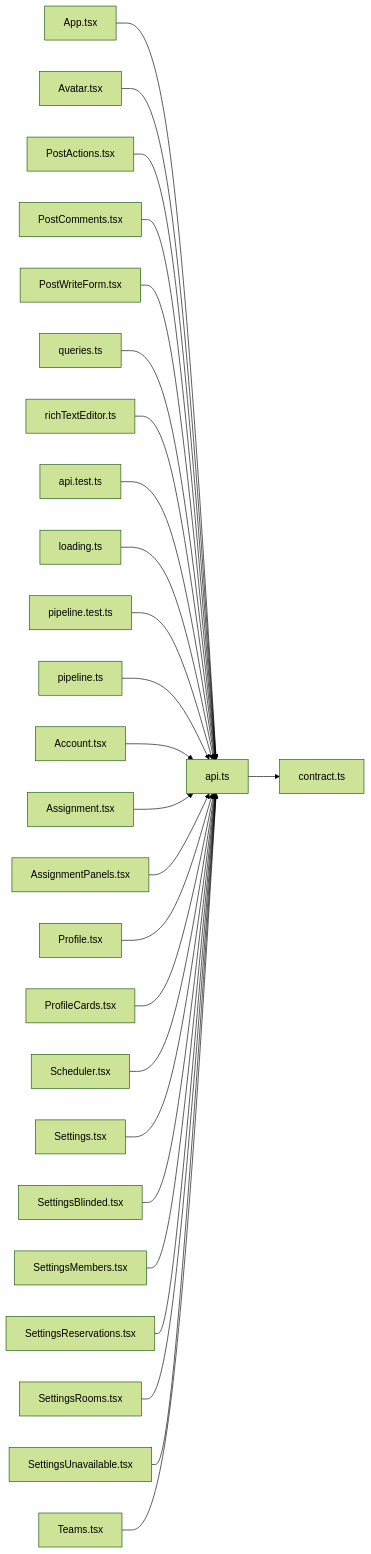
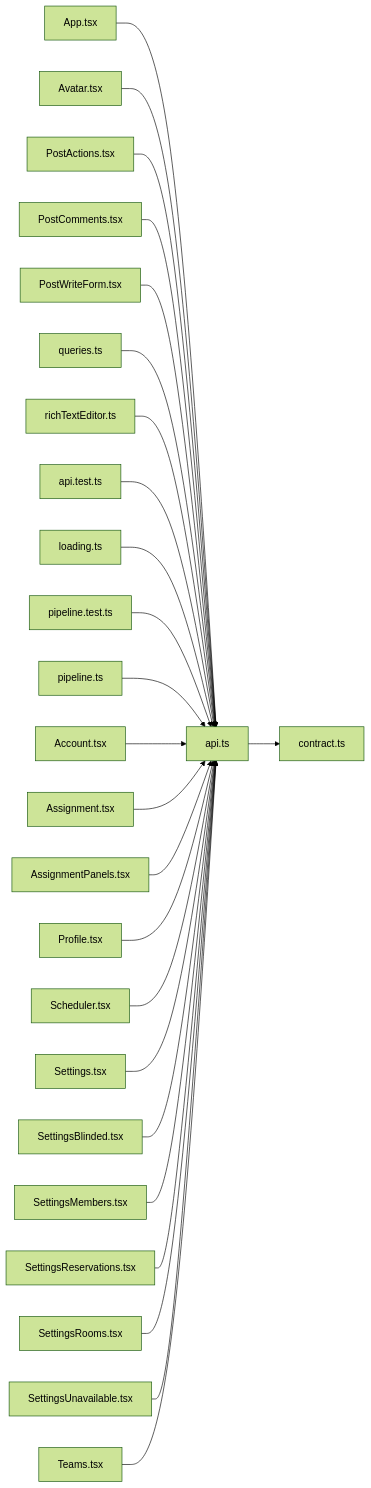
One commit to minkong-dev/Banblit changed the diagram in .cluedoc/graph/frontend/src/lib/api.md. Above: the diagram before and after it, drawn with Mermaid (forest theme). The commit also changed other lines of this file and 78 other files, not shown here.

Commit message:
frontend: merge single-function files into Board, Profile, Search, controls, loading and pipeline

````diff
--- a/.cluedoc/graph/frontend/src/lib/api.md
+++ b/.cluedoc/graph/frontend/src/lib/api.md
@@ -10,29 +10,28 @@
 ```mermaid
 flowchart LR
   frontend_src_lib_api["api.ts"]
   frontend_src_lib_api --> frontend_src_lib_contract["contract.ts"]
   frontend_src_App["App.tsx"] --> frontend_src_lib_api
   frontend_src_components_Avatar["Avatar.tsx"] --> frontend_src_lib_api
   frontend_src_components_PostActions["PostActions.tsx"] --> frontend_src_lib_api
   frontend_src_components_PostComments["PostComments.tsx"] --> frontend_src_lib_api
   frontend_src_components_PostWriteForm["PostWriteForm.tsx"] --> frontend_src_lib_api
   frontend_src_components_queries["queries.ts"] --> frontend_src_lib_api
   frontend_src_components_richTextEditor["richTextEditor.ts"] --> frontend_src_lib_api
   frontend_src_lib_api_test["api.test.ts"] --> frontend_src_lib_api
   frontend_src_lib_loading["loading.ts"] --> frontend_src_lib_api
   frontend_src_lib_pipeline_test["pipeline.test.ts"] --> frontend_src_lib_api
   frontend_src_lib_pipeline["pipeline.ts"] --> frontend_src_lib_api
   frontend_src_routes_Account["Account.tsx"] --> frontend_src_lib_api
   frontend_src_routes_Assignment["Assignment.tsx"] --> frontend_src_lib_api
   frontend_src_routes_AssignmentPanels["AssignmentPanels.tsx"] --> frontend_src_lib_api
   frontend_src_routes_Profile["Profile.tsx"] --> frontend_src_lib_api
-  frontend_src_routes_ProfileCards["ProfileCards.tsx"] --> frontend_src_lib_api
   frontend_src_routes_Scheduler["Scheduler.tsx"] --> frontend_src_lib_api
   frontend_src_routes_Settings["Settings.tsx"] --> frontend_src_lib_api
   frontend_src_routes_SettingsBlinded["SettingsBlinded.tsx"] --> frontend_src_lib_api
   frontend_src_routes_SettingsMembers["SettingsMembers.tsx"] --> frontend_src_lib_api
   frontend_src_routes_SettingsReservations["SettingsReservations.tsx"] --> frontend_src_lib_api
   frontend_src_routes_SettingsRooms["SettingsRooms.tsx"] --> frontend_src_lib_api
   frontend_src_routes_SettingsUnavailable["SettingsUnavailable.tsx"] --> frontend_src_lib_api
   frontend_src_routes_Teams["Teams.tsx"] --> frontend_src_lib_api
 ```
````
